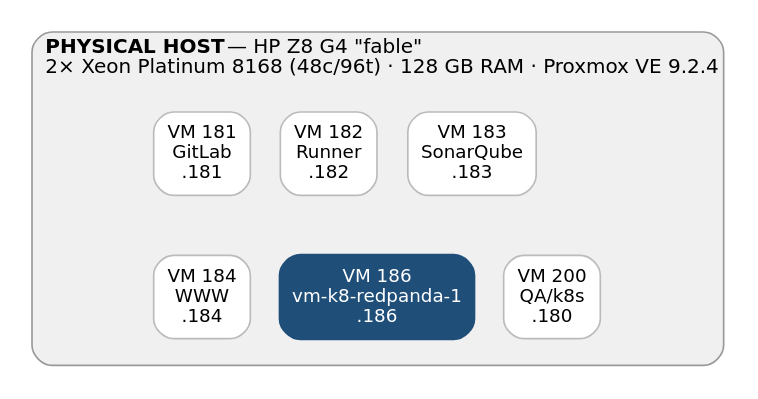
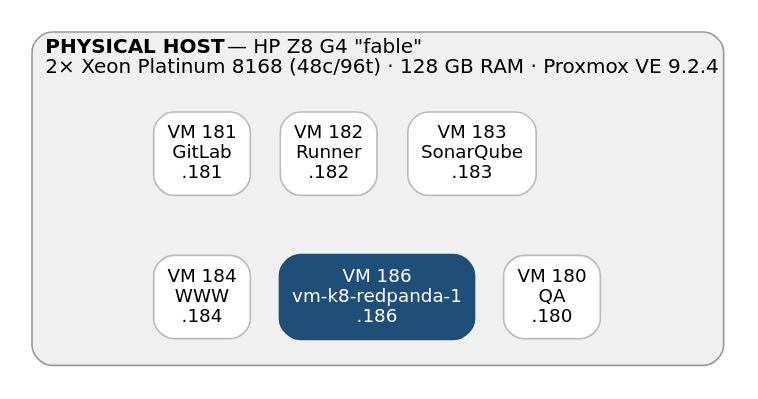
One commit to fiberoptix/home-lab-setup changed the diagram in education/k8s-k3s-redpanda/diagrams/ch01_fig1_stack.dot. Above: the diagram before and after it, drawn with Graphviz. The commit also changed 11 other files, not shown here.

```diff
--- a/education/k8s-k3s-redpanda/diagrams/ch01_fig1_stack.dot
+++ b/education/k8s-k3s-redpanda/diagrams/ch01_fig1_stack.dot
@@ -1,35 +1,35 @@
 // Chapter 1, Figure 1 — Where k3s sits in the home lab
 // Render: dot -Tpng -Gdpi=150 ch01_fig1_stack.dot -o ../images/ch01_fig1_stack.png
 digraph stack {
   rankdir=TB;
   bgcolor="white";
   fontname="DejaVu Sans";
   node [fontname="DejaVu Sans", fontsize=11];
   edge [fontname="DejaVu Sans", fontsize=11];
 
   subgraph cluster_pve {
     label=<<B>PHYSICAL HOST</B> — HP Z8 G4 "fable"<BR ALIGN="LEFT"/>2× Xeon Platinum 8168 (48c/96t) · 128 GB RAM · Proxmox VE 9.2.4>;
     labeljust="l";
     fontsize=12;
     style="filled,rounded";
     fillcolor="#f0f0f0";
     color="#999999";
     margin=16;
 
     node [shape=box, style="filled,rounded", fillcolor="#ffffff", color="#bbbbbb", height=0.7];
 
     vm181 [label="VM 181\nGitLab\n.181"];
     vm182 [label="VM 182\nRunner\n.182"];
     vm183 [label="VM 183\nSonarQube\n.183"];
     vm184 [label="VM 184\nWWW\n.184"];
     vm186 [label="VM 186\nvm-k8-redpanda-1\n.186", fillcolor="#1f4e79", fontcolor="white", color="#1f4e79", penwidth=2];
-    vm200 [label="VM 200\nQA/k8s\n.180"];
+    vm180 [label="VM 180\nQA\n.180"];
 
     {rank=same; vm181; vm182; vm183;}
-    {rank=same; vm184; vm186; vm200;}
+    {rank=same; vm184; vm186; vm180;}
     vm181 -> vm182 -> vm183 [style=invis];
-    vm184 -> vm186 -> vm200 [style=invis];
+    vm184 -> vm186 -> vm180 [style=invis];
     vm181 -> vm184 [style=invis];
   }
 
 }
```
